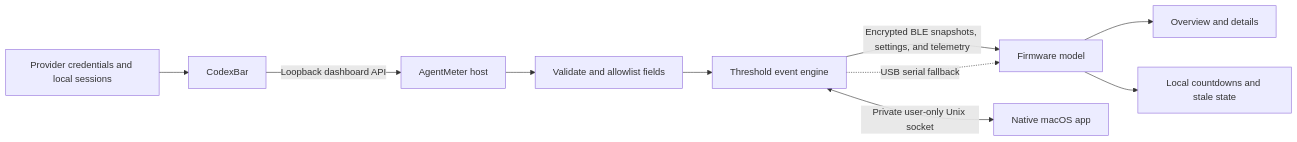
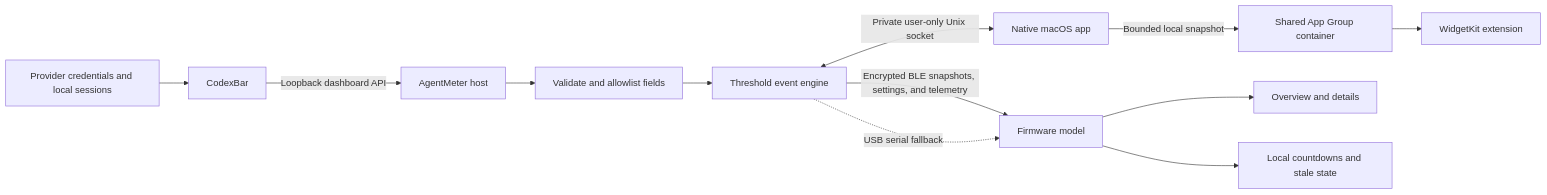
One commit to prabhavalabs/agentmeter changed the diagram in docs/architecture.md. Above: the diagram before and after it, drawn with Mermaid. The commit also changed other lines of this file and 7 other files, not shown here.

````diff
--- a/docs/architecture.md
+++ b/docs/architecture.md
@@ -7,12 +7,14 @@
 ```mermaid
 flowchart LR
     A["Provider credentials and local sessions"] --> B["CodexBar"]
     B -->|"Loopback dashboard API"| C["AgentMeter host"]
     C --> D["Validate and allowlist fields"]
     D --> E["Threshold event engine"]
     E -->|"Encrypted BLE snapshots, settings, and telemetry"| F["Firmware model"]
     E -.->|"USB serial fallback"| F
     E <-->|"Private user-only Unix socket"| I["Native macOS app"]
+    I -->|"Bounded local snapshot"| J["Shared App Group container"]
+    J --> K["WidgetKit extension"]
     F --> G["Overview and details"]
     F --> H["Local countdowns and stale state"]
 ```
````
